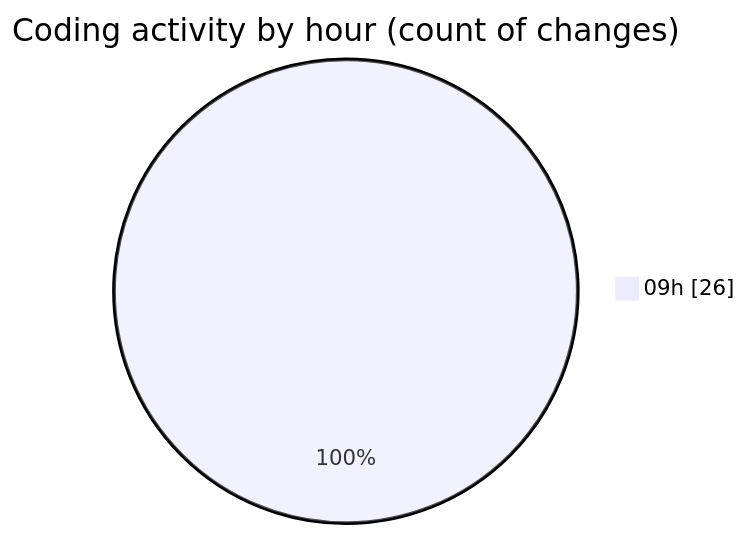
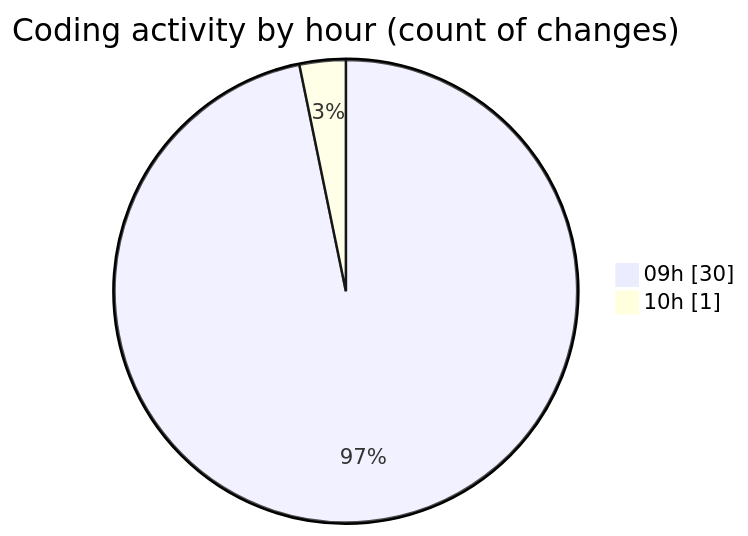
One commit to momahboobian/code-tracking changed the second of 2 diagrams in 2025-04-02/cda/README.md. Above: the diagram before and after it, drawn with Mermaid. The commit also changed other lines of this file and 1 other file, not shown here.

````diff
--- a/2025-04-02/cda/README.md
+++ b/2025-04-02/cda/README.md
@@ -32,5 +32,6 @@
 ```mermaid
 pie showData
 title Coding activity by hour (count of changes)
-"09h" : 26
+"09h" : 30
+"10h" : 1
 ```
````
